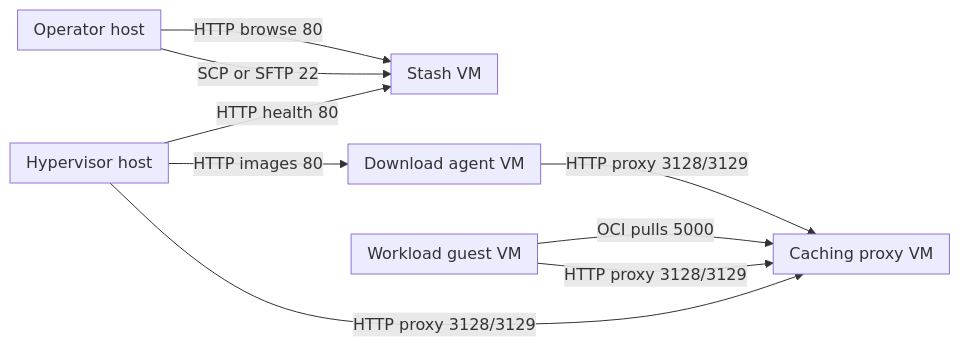
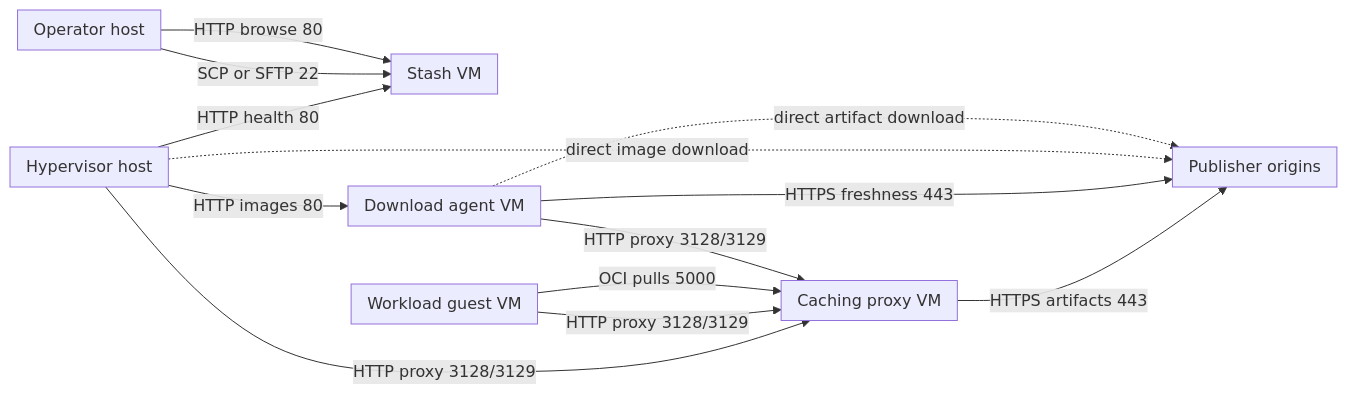
Before and after one commit to alissonsol/yuruna: the second of 9 diagrams in docs/design/06-deployment.md, drawn with Mermaid. The commit also changed other lines of this file and 1366 other files, not shown here.

````diff
--- a/docs/design/06-deployment.md
+++ b/docs/design/06-deployment.md
@@ -55,23 +59,30 @@
 ```mermaid
 flowchart LR
     subgraph operator-host["Operator host"]
     end
     subgraph host["Hypervisor host"]
     end
     subgraph guest["Workload guest VM"]
     end
     subgraph caching-proxy-service["Caching proxy VM"]
     end
     subgraph download-agent-service["Download agent VM"]
     end
     subgraph stash-service["Stash VM"]
     end
+    subgraph origin["Publisher origins"]
+    end
     host -->|HTTP proxy 3128/3129| caching-proxy-service
     guest -->|HTTP proxy 3128/3129| caching-proxy-service
     guest -->|OCI pulls 5000| caching-proxy-service
     host -->|HTTP images 80| download-agent-service
     download-agent-service -->|HTTP proxy 3128/3129| caching-proxy-service
     host -->|HTTP health 80| stash-service
     operator-host -->|SCP or SFTP 22| stash-service
     operator-host -->|HTTP browse 80| stash-service
+    caching-proxy-service -->|HTTPS artifacts 443| origin
+    download-agent-service -->|HTTPS freshness 443| origin
+    %% optional: byte downloads can bypass an unavailable or unusable cache.
+    host -.->|direct image download| origin
+    download-agent-service -.->|direct artifact download| origin
 ```
````
